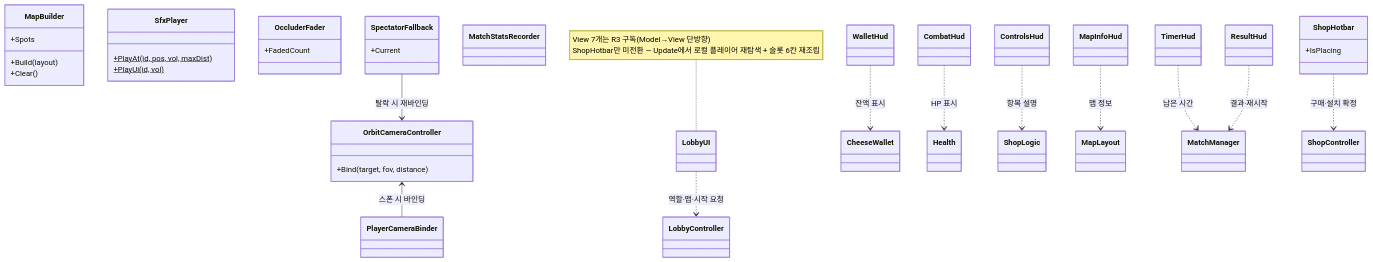
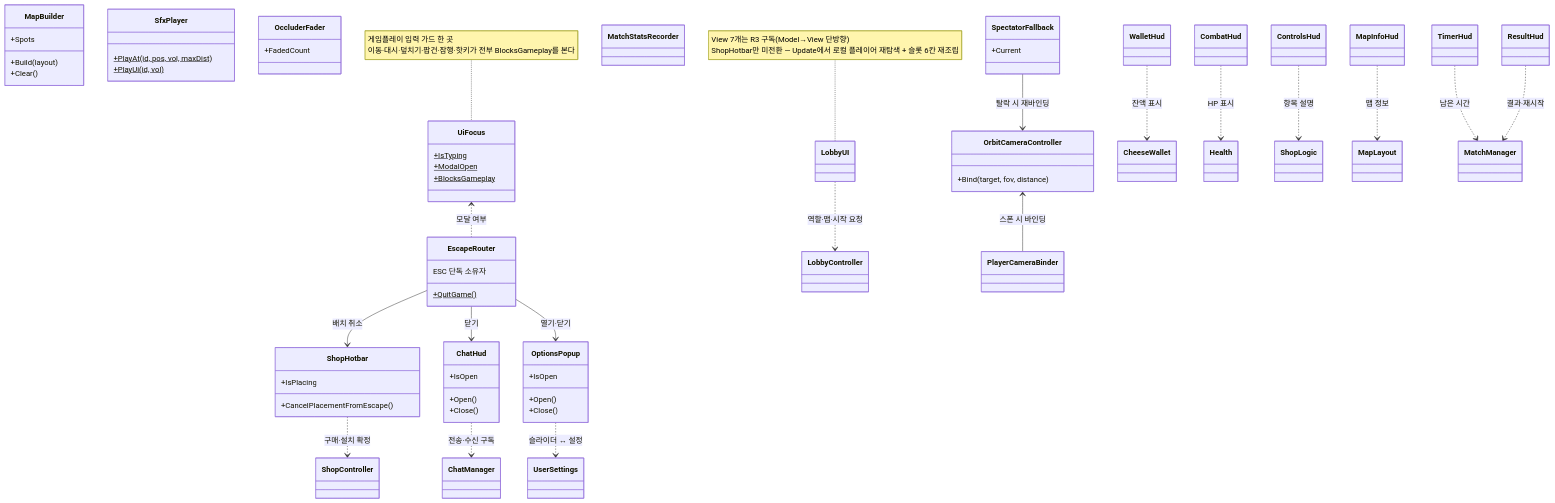
One commit to JeahanPark/The-Cheese-Thief-and-the-Cat changed the seventh of 12 diagrams in CTC/docs/design-vault/코드 다이어그램.md. Above: the diagram before and after it, drawn with Mermaid. The commit also changed other lines of this file and 2 other files, not shown here.

First line of the commit message:
docs: v3.7 반영 (다이어그램·CLAUDE.md·핸드오프) + acceptEdits

````diff
--- a/CTC/docs/design-vault/코드 다이어그램.md
+++ b/CTC/docs/design-vault/코드 다이어그램.md
@@ -177,48 +181,76 @@
 ```mermaid
 classDiagram
     direction TB
 
     class MapBuilder {
         +Build(layout)
         +Clear()
         +Spots
     }
     class SfxPlayer {
         +PlayAt(id, pos, vol, maxDist)$
         +PlayUi(id, vol)$
     }
     class OccluderFader {
         +FadedCount
     }
     class SpectatorFallback {
         +Current
     }
     class MatchStatsRecorder
     class OrbitCameraController {
         +Bind(target, fov, distance)
     }
 
     class LobbyUI
     class WalletHud
     class CombatHud
     class ControlsHud
     class MapInfoHud
     class TimerHud
     class ResultHud
     class ShopHotbar {
         +IsPlacing
+        +CancelPlacementFromEscape()
+    }
+    class OptionsPopup {
+        +IsOpen
+        +Open()
+        +Close()
+    }
+    class ChatHud {
+        +IsOpen
+        +Open()
+        +Close()
+    }
+    class EscapeRouter {
+        ESC 단독 소유자
+        +QuitGame()$
+    }
+    class UiFocus {
+        +IsTyping$
+        +ModalOpen$
+        +BlocksGameplay$
     }
 
     LobbyUI ..> LobbyController : 역할·맵·시작 요청
     WalletHud ..> CheeseWallet : 잔액 표시
     CombatHud ..> Health : HP 표시
     ControlsHud ..> ShopLogic : 항목 설명
     MapInfoHud ..> MapLayout : 맵 정보
     TimerHud ..> MatchManager : 남은 시간
     ResultHud ..> MatchManager : 결과·재시작
     ShopHotbar ..> ShopController : 구매·설치 확정
     OrbitCameraController <-- PlayerCameraBinder : 스폰 시 바인딩
     SpectatorFallback --> OrbitCameraController : 탈락 시 재바인딩
 
+    OptionsPopup ..> UserSettings : 슬라이더 ↔ 설정
+    ChatHud ..> ChatManager : 전송·수신 구독
+    EscapeRouter --> ShopHotbar : 배치 취소
+    EscapeRouter --> ChatHud : 닫기
+    EscapeRouter --> OptionsPopup : 열기·닫기
+    UiFocus <.. EscapeRouter : 모달 여부
+
     note for LobbyUI "View 7개는 R3 구독(Model→View 단방향)<br/>ShopHotbar만 미전환 — Update에서 로컬 플레이어 재탐색 + 슬롯 6칸 재조립"
+    note for UiFocus "게임플레이 입력 가드 한 곳<br/>이동·대시·덮치기·팝건·잠행·핫키가 전부 BlocksGameplay를 본다"
 ```
````
